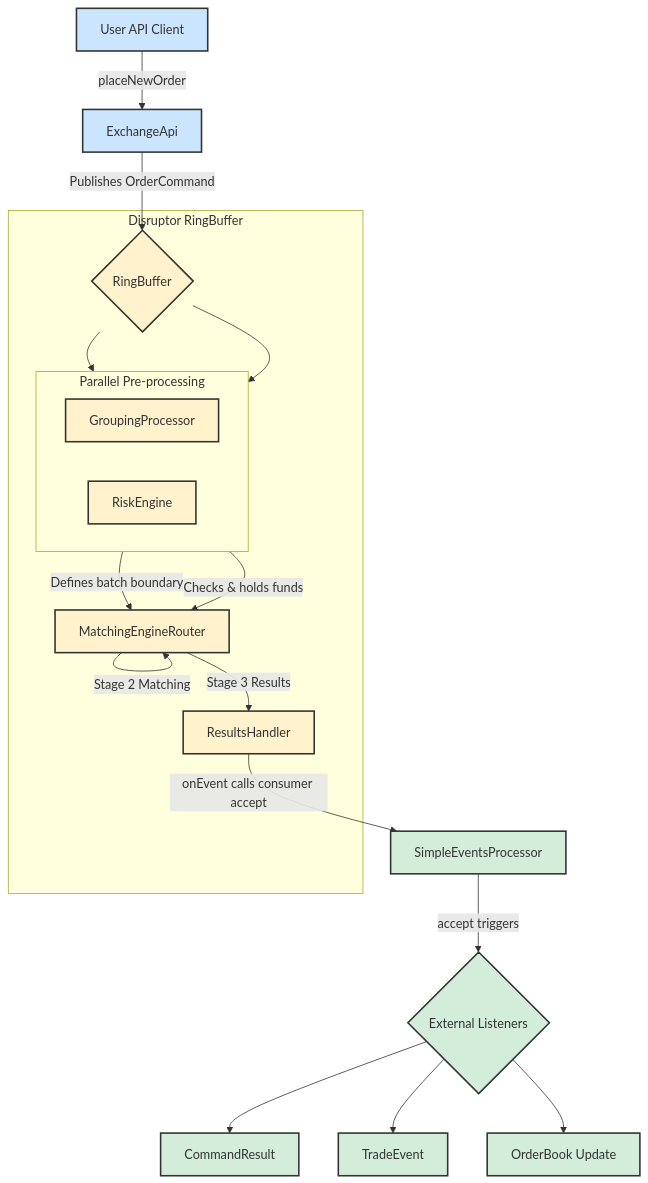
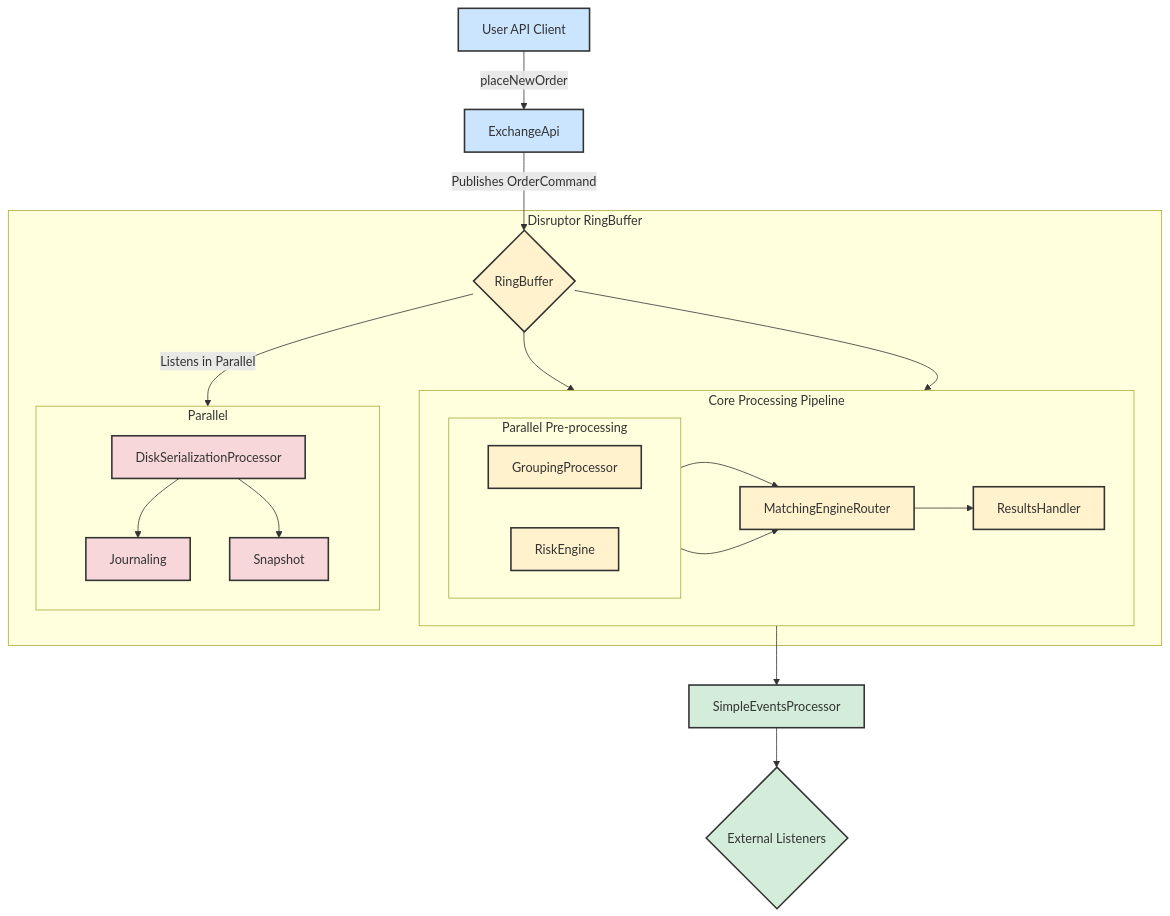
Before and after one commit to C18519898242/exchange-core: the diagram in doc/en/ARCHITECTURE.md, drawn with Mermaid. The commit also changed other lines of this file and 1 other file, not shown here.

Commit message:
docs: Add journaling and snapshotting to architecture diagrams

````diff
--- a/doc/en/ARCHITECTURE.md
+++ b/doc/en/ARCHITECTURE.md
@@ -9,59 +9,71 @@
 ```mermaid
 flowchart TD
     %% Client Nodes
     A[User API Client]
     B[ExchangeApi]
 
     %% Core Processing Subgraph
     subgraph Exchange Core [Disruptor RingBuffer]
         C{RingBuffer}
         
-        subgraph Stage 1 [Parallel Pre-processing]
+        subgraph Core Processing Pipeline
             direction LR
-            D[GroupingProcessor]
-            E[RiskEngine]
+            subgraph Stage 1 [Parallel Pre-processing]
+                direction LR
+                D[GroupingProcessor]
+                E[RiskEngine]
+            end
+
+            F[MatchingEngineRouter]
+            G[ResultsHandler]
         end
 
-        F[MatchingEngineRouter]
-        G[ResultsHandler]
+        subgraph Persistence & Recovery [Parallel]
+            direction TB
+            J[DiskSerializationProcessor]
+            J1["Journaling"]
+            J2["Snapshot"]
+        end
     end
 
     %% Event Handling Nodes
     H[SimpleEventsProcessor]
     I{External Listeners}
-    I1[CommandResult]
-    I2[TradeEvent]
-    I3[OrderBook Update]
 
     %% Connections
     A -->|placeNewOrder| B;
     B -->|Publishes OrderCommand| C;
+    
     C --> D;
     C --> E;
-    D -->|Defines batch boundary| F;
-    E -->|Checks & holds funds| F;
-    F -->|Stage 2 Matching| F;
-    F -->|Stage 3 Results| G;
-    G -->|onEvent calls consumer accept| H;
-    H -->|accept triggers| I;
-    I --> I1;
-    I --> I2;
-    I --> I3;
+    D --> F;
+    E --> F;
+    F --> G;
+    G --> H;
+    H --> I;
+
+    C -->|Listens in Parallel| J;
+    J --> J1;
+    J --> J2;
+
 
     %% Style Definitions
     classDef client fill:#cce5ff,stroke:#333,stroke-width:2px;
     classDef core fill:#fff2cc,stroke:#333,stroke-width:2px;
     classDef handling fill:#d4edda,stroke:#333,stroke-width:2px;
+    classDef persistence fill:#f8d7da,stroke:#333,stroke-width:2px;
 
     class A,B client;
     class C,D,E,F,G core;
-    class H,I,I1,I2,I3 handling;
+    class H,I handling;
+    class J,J1,J2 persistence;
 
     %% Clickable Links to Source Code
     click B "https://github.com/C18519898242/exchange-core/blob/master/src/main/java/exchange/core2/core/ExchangeApi.java" "Open ExchangeApi.java" _blank
     click D "https://github.com/C18519898242/exchange-core/blob/master/src/main/java/exchange/core2/core/processors/GroupingProcessor.java" "Open GroupingProcessor.java" _blank
     click E "https://github.com/C18519898242/exchange-core/blob/master/src/main/java/exchange/core2/core/processors/RiskEngine.java" "Open RiskEngine.java" _blank
     click F "https://github.com/C18519898242/exchange-core/blob/master/src/main/java/exchange/core2/core/processors/MatchingEngineRouter.java" "Open MatchingEngineRouter.java" _blank
     click G "https://github.com/C18519898242/exchange-core/blob/master/src/main/java/exchange/core2/core/processors/ResultsHandler.java" "Open ResultsHandler.java" _blank
     click H "https://github.com/C18519898242/exchange-core/blob/master/src/main/java/exchange/core2/core/SimpleEventsProcessor.java" "Open SimpleEventsProcessor.java" _blank
+    click J "https://github.com/C18519898242/exchange-core/blob/master/src/main/java/exchange/core2/core/processors/journaling/DiskSerializationProcessor.java" "Open DiskSerializationProcessor.java" _blank
 ```
````
